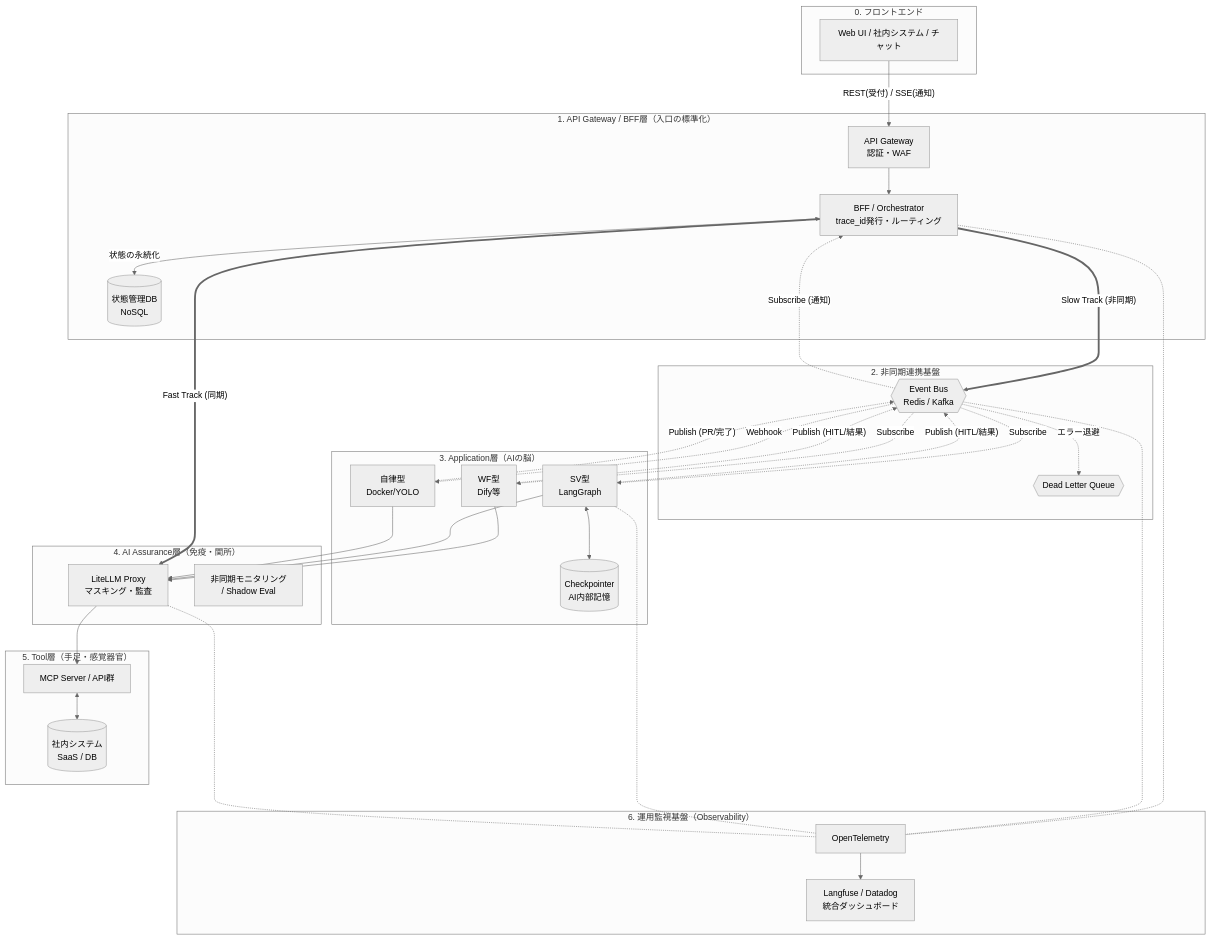
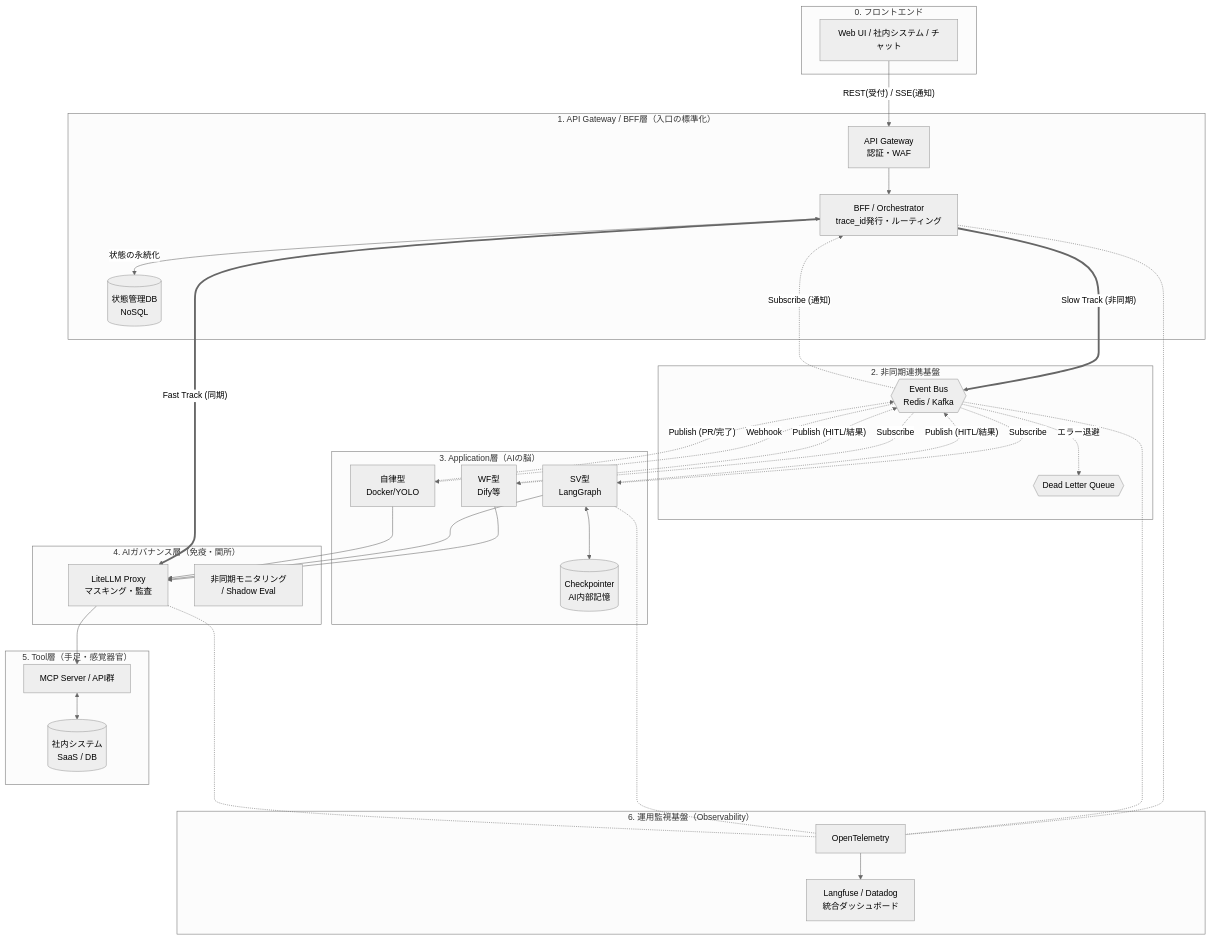
The diagram in docs/01_アーキテクチャ検討/AIエージェントの業務適用を見据えた生成AIアーキテクチャ検討.md (knd3dayo/ai-platform-poc), drawn with Mermaid (neutral theme) before and after one commit. The commit also changed other lines of this file and 12 other files, not shown here.

```diff
--- a/docs/01_アーキテクチャ検討/AIエージェントの業務適用を見据えた生成AIアーキテクチャ検討.md
+++ b/docs/01_アーキテクチャ検討/AIエージェントの業務適用を見据えた生成AIアーキテクチャ検討.md
@@ -194,7 +194,7 @@
     end
 
     %% -- 4. 統制・安全網層 --
-    subgraph Assurance_Layer ["4. AI Assurance層（免疫・関所）"]
+    subgraph ガバナンス_Layer ["4. AIガバナンス層（免疫・関所）"]
         Proxy["LiteLLM Proxy\nマスキング・監査"]
         Eval["非同期モニタリング\n/ Shadow Eval"]
     end
@@ -227,12 +227,12 @@
     EB -. "Subscribe" .-> SV
     EB -. "Webhook" .-> Auto
     
-    %% ApplicationからAssuranceへ
+    %% Applicationからガバナンスへ
     WF --> Proxy
     SV --> Proxy
     Auto --> Proxy
     
-    %% AssuranceからToolへ
+    %% ガバナンスからToolへ
     Proxy --> MCP
 
     %% Event Busへの戻り（HITL等）
```
